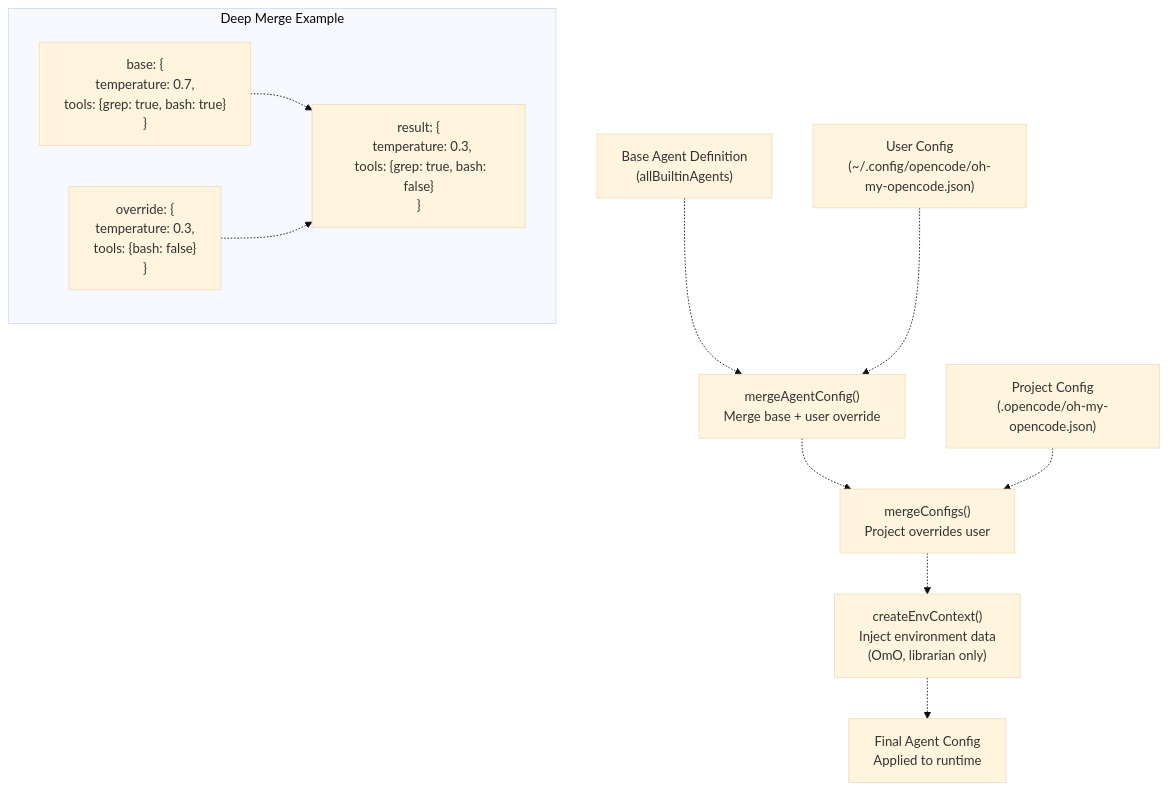
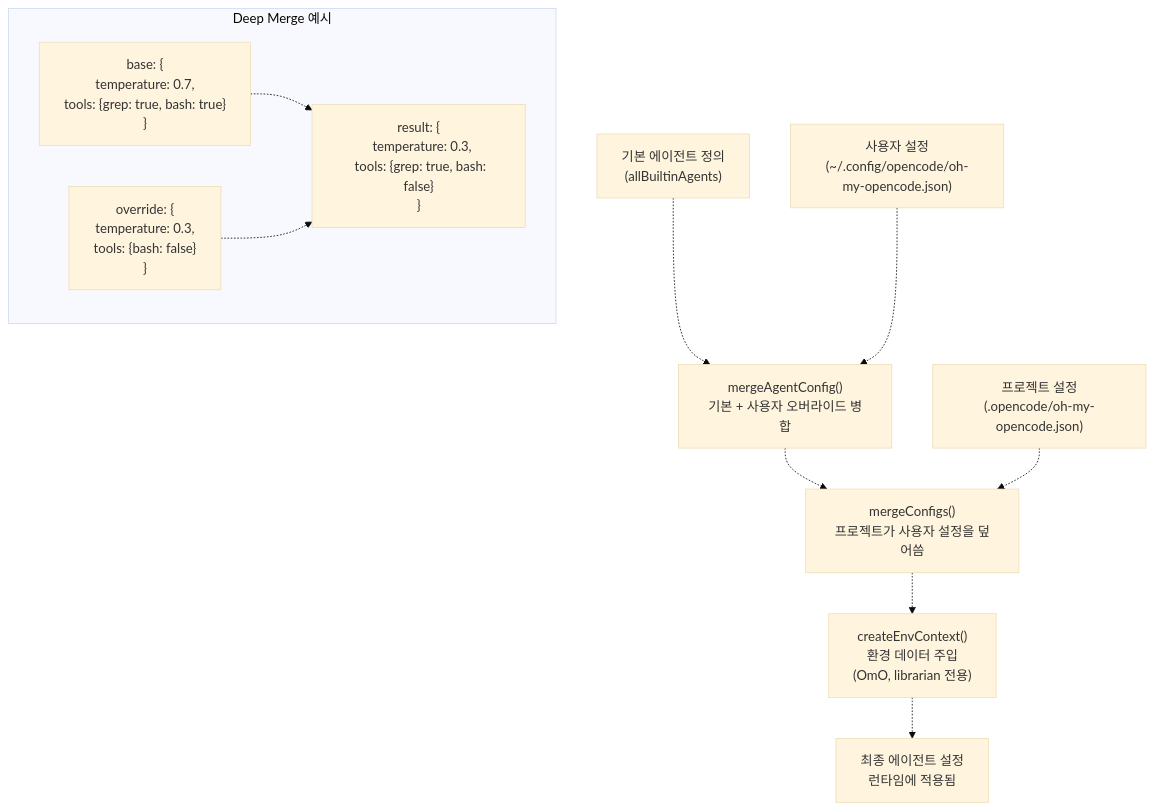
One commit to felipetruman/oh-my-opencode-docs changed the first of 4 diagrams in docs/agents/agent-configuration.md. Above: the diagram before and after it, drawn with Mermaid (base theme). The commit also changed other lines of this file and 76 other files, not shown here.

````diff
--- a/docs/agents/agent-configuration.md
+++ b/docs/agents/agent-configuration.md
@@ -104,29 +104,29 @@
 ```mermaid
 flowchart TD
 
 Base["base: {<br>  temperature: 0.7,<br>  tools: {grep: true, bash: true}<br>}"]
 Result["result: {<br>  temperature: 0.3,<br>  tools: {grep: true, bash: false}<br>}"]
 Override["override: {<br>  temperature: 0.3,<br>  tools: {bash: false}<br>}"]
-BaseAgent["Base Agent Definition<br>(allBuiltinAgents)"]
-UserConfig["User Config<br>(~/.config/opencode/oh-my-opencode.json)"]
-ProjectConfig["Project Config<br>(.opencode/oh-my-opencode.json)"]
-MergeStep1["mergeAgentConfig()<br>Merge base + user override"]
-MergeStep2["mergeConfigs()<br>Project overrides user"]
-EnvInjection["createEnvContext()<br>Inject environment data<br>(OmO, librarian only)"]
-FinalAgent["Final Agent Config<br>Applied to runtime"]
+BaseAgent["기본 에이전트 정의<br>(allBuiltinAgents)"]
+UserConfig["사용자 설정<br>(~/.config/opencode/oh-my-opencode.json)"]
+ProjectConfig["프로젝트 설정<br>(.opencode/oh-my-opencode.json)"]
+MergeStep1["mergeAgentConfig()<br>기본 + 사용자 오버라이드 병합"]
+MergeStep2["mergeConfigs()<br>프로젝트가 사용자 설정을 덮어씀"]
+EnvInjection["createEnvContext()<br>환경 데이터 주입<br>(OmO, librarian 전용)"]
+FinalAgent["최종 에이전트 설정<br>런타임에 적용됨"]
 
 BaseAgent -.-> MergeStep1
 UserConfig -.-> MergeStep1
 MergeStep1 -.-> MergeStep2
 ProjectConfig -.-> MergeStep2
 MergeStep2 -.-> EnvInjection
 EnvInjection -.-> FinalAgent
 
-subgraph subGraph0 ["Deep Merge Example"]
+subgraph subGraph0 ["Deep Merge 예시"]
     Base
     Result
     Override
     Base -.-> Result
     Override -.-> Result
 end
 ```
````
